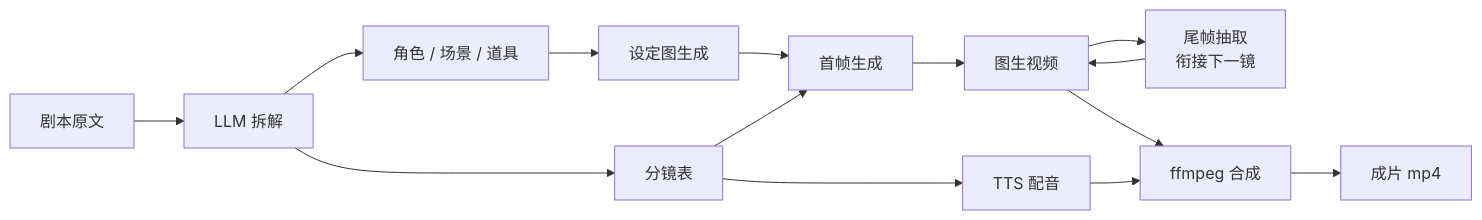
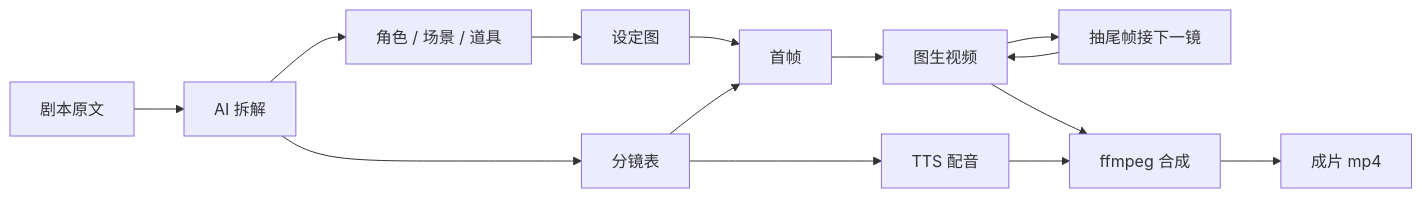
The diagram in README.md (edrin09/LocalMiniDrama), drawn with Mermaid before and after one commit. The commit also changed other lines of this file, not shown here.

````diff
--- a/README.md
+++ b/README.md
@@ -33,16 +58,16 @@
 ```mermaid
 flowchart LR
-  A[剧本原文] --> B[LLM 拆解]
+  A[剧本原文] --> B[AI 拆解]
   B --> C[角色 / 场景 / 道具]
-  C --> D[设定图生成]
+  C --> D[设定图]
   B --> E[分镜表]
-  D --> F[首帧生成]
+  D --> F[首帧]
   E --> F
   F --> G[图生视频]
-  G --> H[尾帧抽取<br/>衔接下一镜]
+  G --> H[抽尾帧接下一镜]
   H --> G
   E --> I[TTS 配音]
   G --> J[ffmpeg 合成]
   I --> J
   J --> K[成片 mp4]
 ```
````
